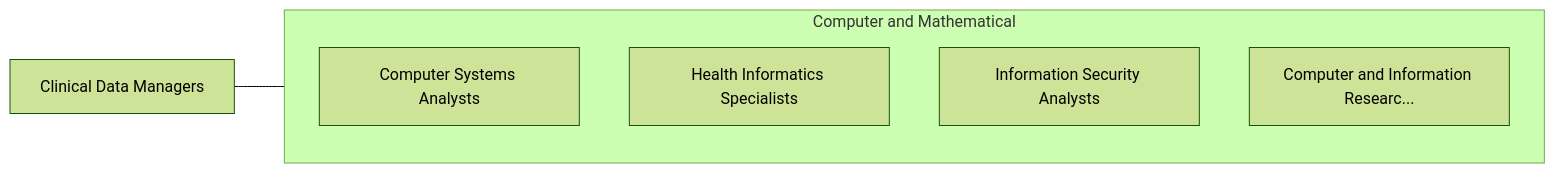
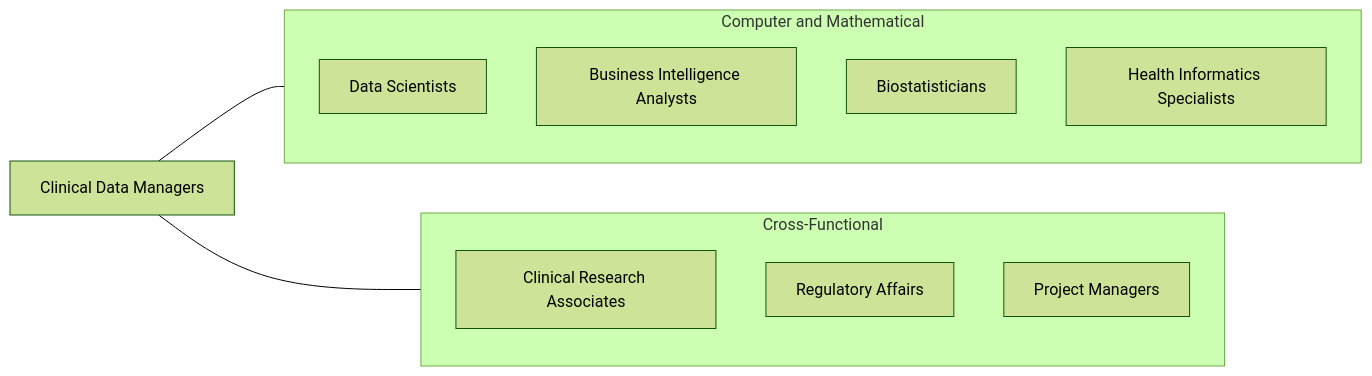
Before and after one commit to kziemski/business.org.ai: the third of 4 diagrams in occupations/Technology/ClinicalDataManagers.mdx, drawn with Mermaid (forest theme). The commit also changed other lines of this file and 938 other files, not shown here.

````diff
--- a/occupations/Technology/ClinicalDataManagers.mdx
+++ b/occupations/Technology/ClinicalDataManagers.mdx
@@ -122,13 +181,20 @@
 ```mermaid
 graph LR
     Current["Clinical Data Managers"]
 
     subgraph SameCategory["Computer and Mathematical"]
-        ComputerSystemsAnaly["Computer Systems Analysts"]
-        HealthInformaticsSpe["Health Informatics Specialists"]
-        InformationSecurityA["Information Security Analysts"]
-        ComputerAndInformati["Computer and Information Researc..."]
+        DS["Data Scientists"]
+        BIA["Business Intelligence Analysts"]
+        Biostat["Biostatisticians"]
+        HIS["Health Informatics Specialists"]
+    end
+
+    subgraph CrossFunctional["Cross-Functional"]
+        CRA["Clinical Research Associates"]
+        RA["Regulatory Affairs"]
+        PM["Project Managers"]
     end
 
     Current --- SameCategory
+    Current --- CrossFunctional
 ```
````
